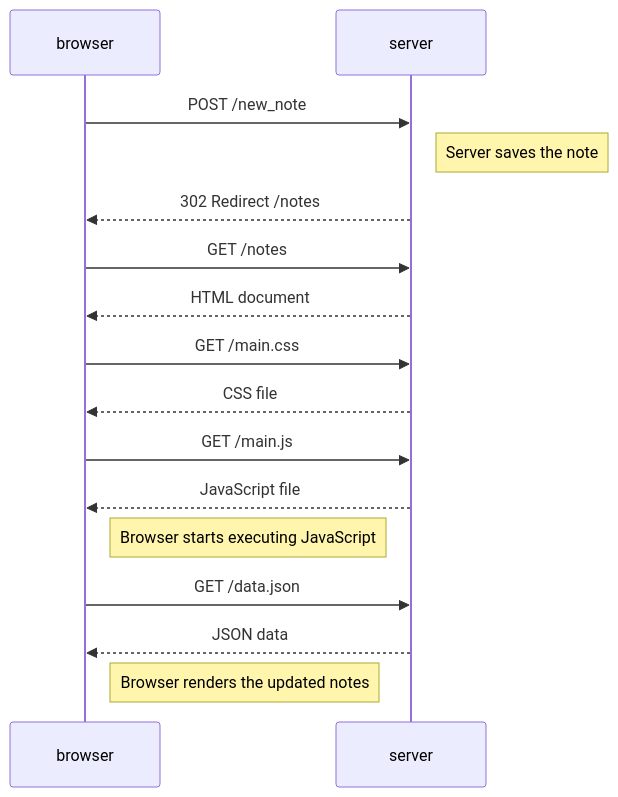
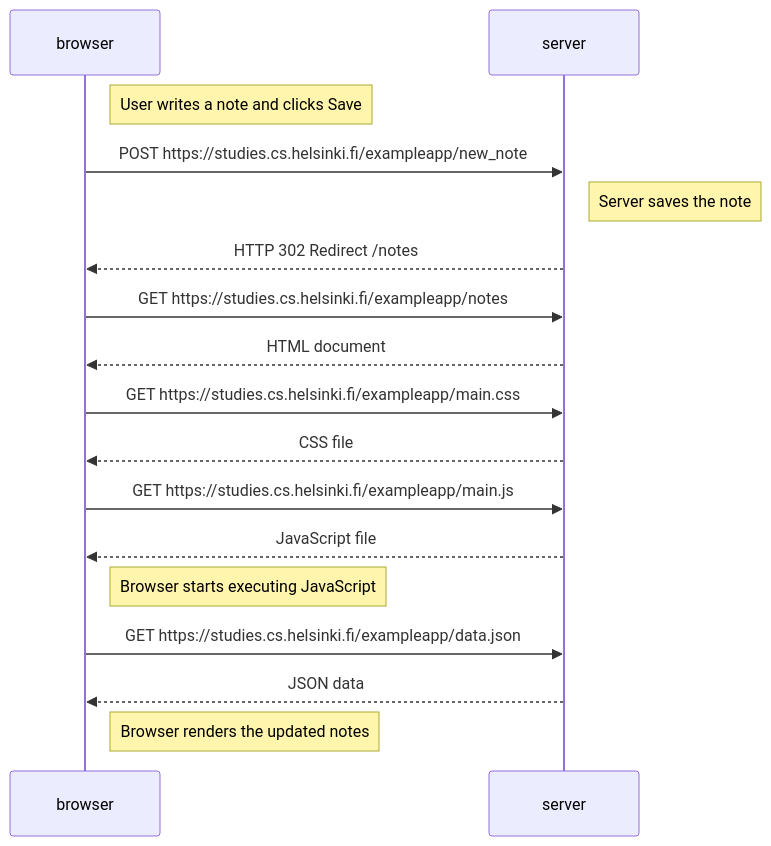
One commit to drmungur/fullstackopen changed the diagram in part0/0.4.md. Above: the diagram before and after it, drawn with Mermaid.

````diff
--- a/part0/0.4.md
+++ b/part0/0.4.md
@@ -1,26 +1,28 @@
 ```mermaid
 sequenceDiagram
     participant browser
     participant server
 
-    browser->>server: POST /new_note
+    Note right of browser: User writes a note and clicks Save
+
+    browser->>server: POST https://studies.cs.helsinki.fi/exampleapp/new_note
     Note right of server: Server saves the note
 
-    server-->>browser: 302 Redirect /notes
+    server-->>browser: HTTP 302 Redirect /notes
 
-    browser->>server: GET /notes
+    browser->>server: GET https://studies.cs.helsinki.fi/exampleapp/notes
     server-->>browser: HTML document
 
-    browser->>server: GET /main.css
+    browser->>server: GET https://studies.cs.helsinki.fi/exampleapp/main.css
     server-->>browser: CSS file
 
-    browser->>server: GET /main.js
+    browser->>server: GET https://studies.cs.helsinki.fi/exampleapp/main.js
     server-->>browser: JavaScript file
 
     Note right of browser: Browser starts executing JavaScript
 
-    browser->>server: GET /data.json
+    browser->>server: GET https://studies.cs.helsinki.fi/exampleapp/data.json
     server-->>browser: JSON data
 
     Note right of browser: Browser renders the updated notes
 ```
````
